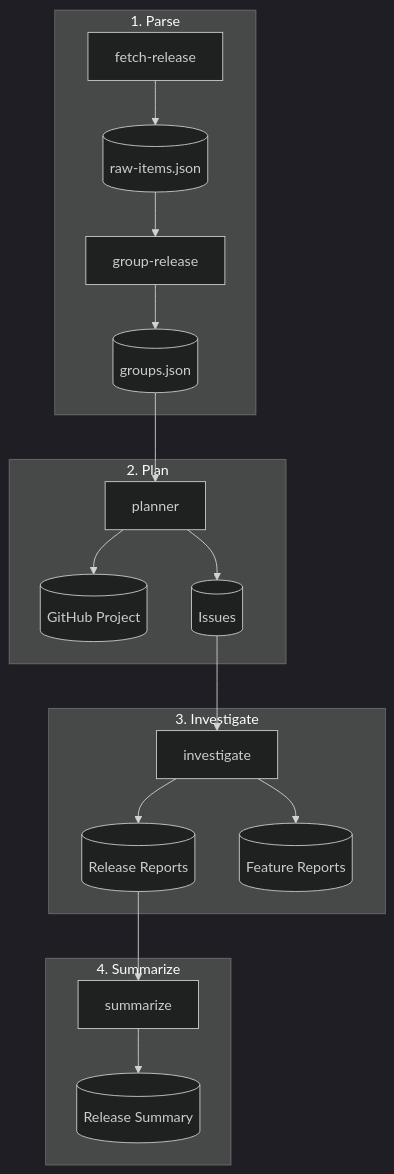
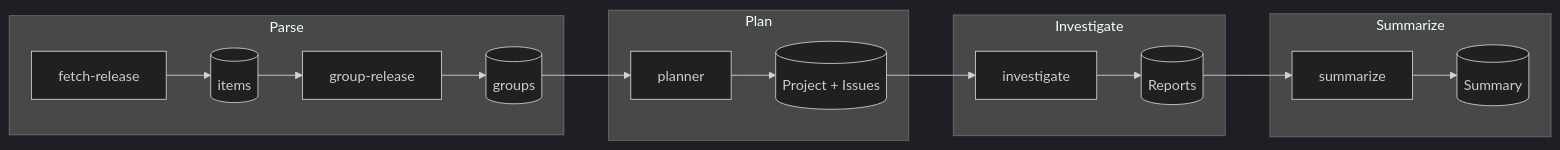
Before and after one commit to tkykenmt/opensearch-feature-explorer: the second of 4 diagrams in README.md, drawn with Mermaid (dark theme).

Commit message:
docs: simplify flowchart to horizontal pipeline

````diff
--- a/README.md
+++ b/README.md
@@ -109,22 +109,20 @@
 ```mermaid
-flowchart TB
-    subgraph "1. Parse"
-        A[fetch-release] --> B[(raw-items.json)]
+flowchart LR
+    subgraph Parse
+        A[fetch-release] --> B[(items)]
         B --> C[group-release]
-        C --> D[(groups.json)]
+        C --> D[(groups)]
     end
-    subgraph "2. Plan"
-        E[planner] --> F[(GitHub Project)]
-        E --> G[(Issues)]
+    subgraph Plan
+        D --> E[planner]
+        E --> F[(Project + Issues)]
     end
-    subgraph "3. Investigate"
-        H[investigate] --> I[(Release Reports)]
-        H --> J[(Feature Reports)]
+    subgraph Investigate
+        F --> G[investigate]
+        G --> H[(Reports)]
     end
-    subgraph "4. Summarize"
-        K[summarize] --> L[(Release Summary)]
+    subgraph Summarize
+        H --> I[summarize]
+        I --> J[(Summary)]
     end
-    D --> E
-    G --> H
-    I --> K
 ```
````
